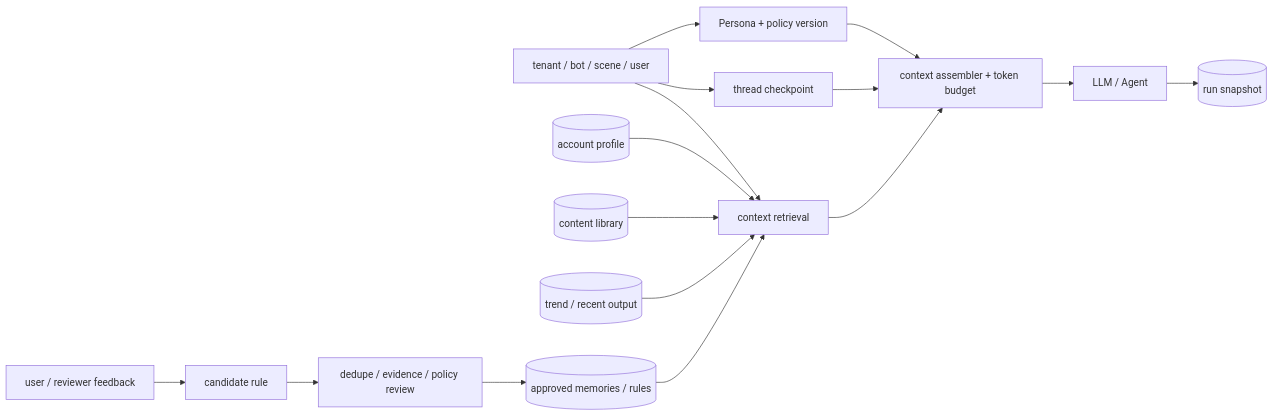
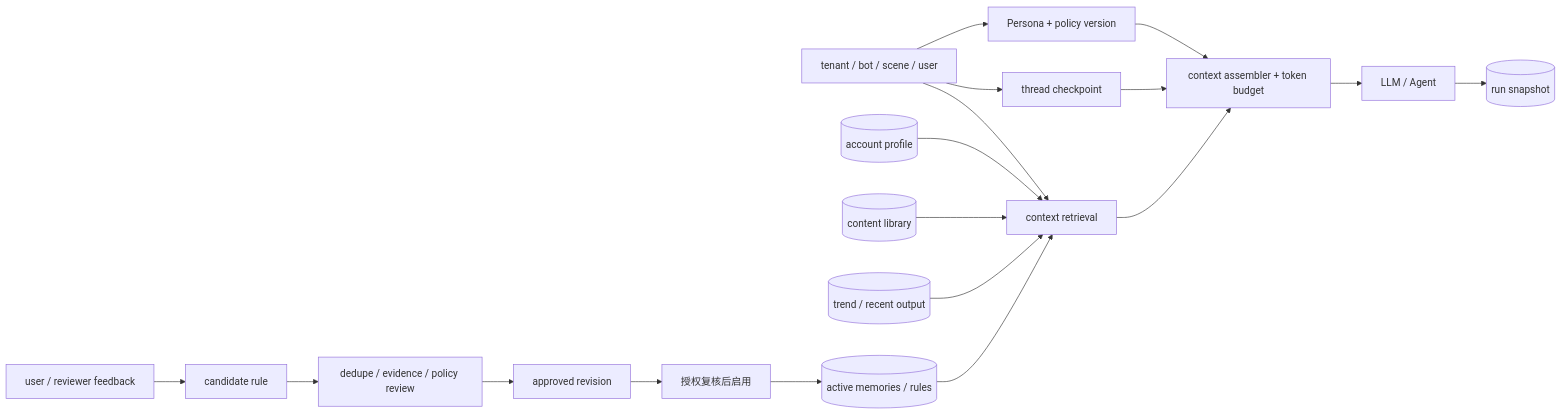
The first of 2 diagrams in docs/topics/10-ai-engineering/S-AI-10-persona-memory-feedback-governance.md (twodog-tt/Golang-development-manual), drawn with Mermaid before and after one commit. The commit also changed other lines of this file and 33 other files, not shown here.

````diff
--- a/docs/topics/10-ai-engineering/S-AI-10-persona-memory-feedback-governance.md
+++ b/docs/topics/10-ai-engineering/S-AI-10-persona-memory-feedback-governance.md
@@ -58,18 +59,20 @@
 ```mermaid
 flowchart LR
   Request[tenant / bot / scene / user] --> Policy[Persona + policy version]
   Request --> Thread[thread checkpoint]
   Request --> Retrieve[context retrieval]
   Profile[(account profile)] --> Retrieve
   Content[(content library)] --> Retrieve
   Trend[(trend / recent output)] --> Retrieve
-  Memory[(approved memories / rules)] --> Retrieve
+  Memory[(active memories / rules)] --> Retrieve
   Policy --> Assemble[context assembler + token budget]
   Thread --> Assemble
   Retrieve --> Assemble
   Assemble --> Model[LLM / Agent]
   Model --> Trace[(run snapshot)]
   Feedback[user / reviewer feedback] --> Candidate[candidate rule]
   Candidate --> Validate[dedupe / evidence / policy review]
-  Validate --> Memory
+  Validate --> Approved[approved revision]
+  Approved --> Activate[授权复核后启用]
+  Activate --> Memory
 ```
````
